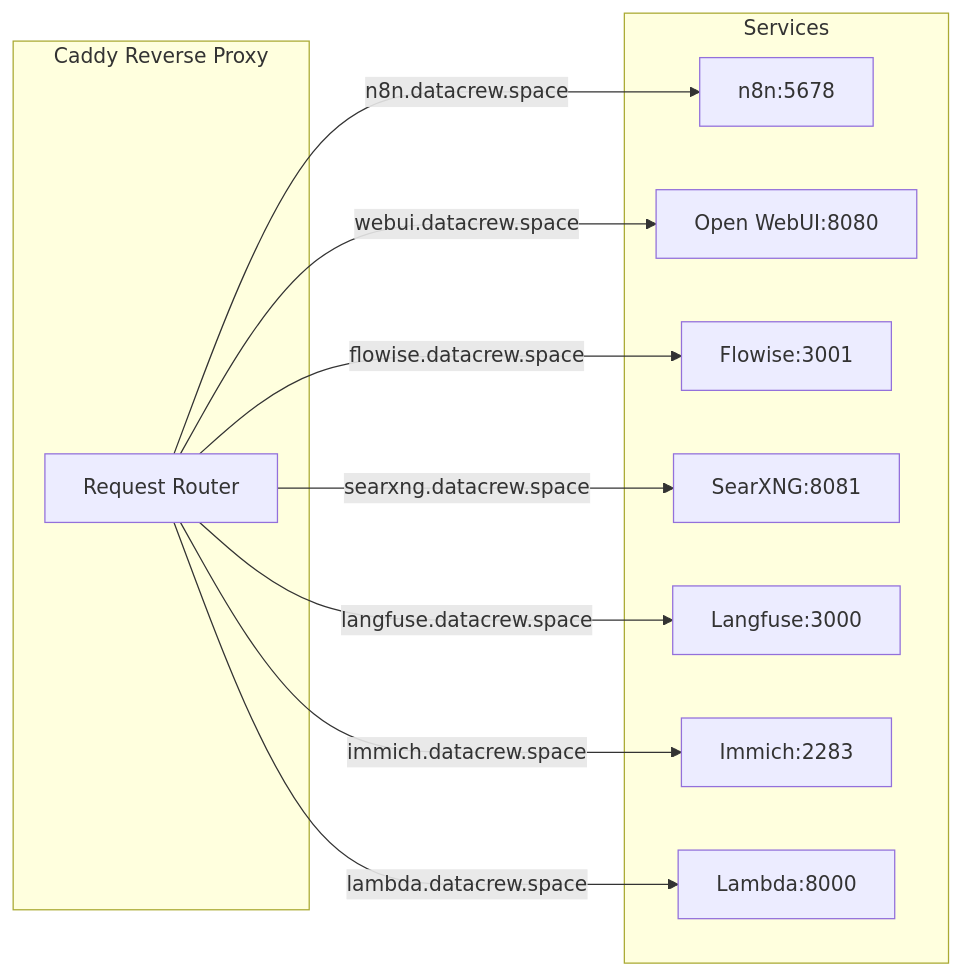
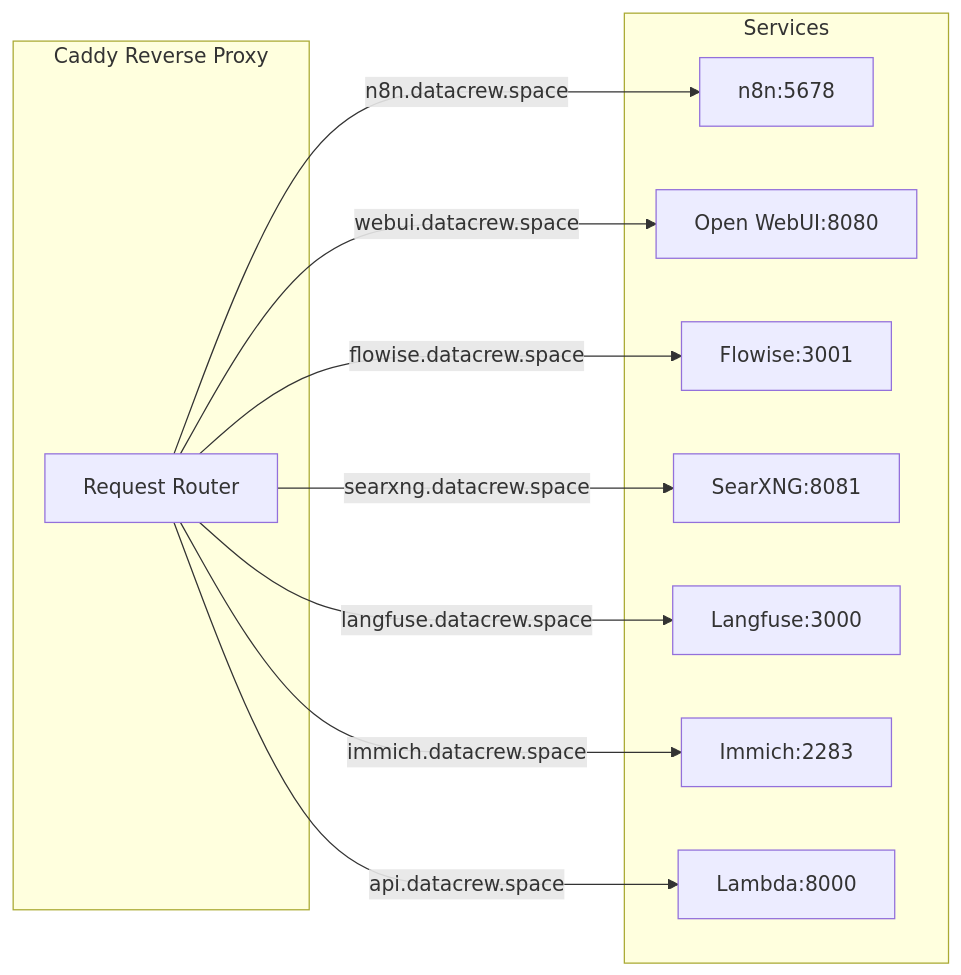
Before and after one commit to jaewilson07/local-ai-packaged: the tenth of 10 diagrams in docs/ARCHITECTURE.md, drawn with Mermaid. The commit also changed other lines of this file and 538 other files, not shown here.

````diff
--- a/docs/ARCHITECTURE.md
+++ b/docs/ARCHITECTURE.md
@@ -316,24 +375,24 @@
 ```mermaid
 graph LR
     subgraph Caddy["Caddy Reverse Proxy"]
         Router[Request Router]
     end
-    
+
     subgraph Services
         N8N[n8n:5678]
         WebUI[Open WebUI:8080]
         Flowise[Flowise:3001]
         SearXNG[SearXNG:8081]
         Langfuse[Langfuse:3000]
         Immich[Immich:2283]
         Lambda[Lambda:8000]
     end
-    
+
     Router -->|n8n.datacrew.space| N8N
     Router -->|webui.datacrew.space| WebUI
     Router -->|flowise.datacrew.space| Flowise
     Router -->|searxng.datacrew.space| SearXNG
     Router -->|langfuse.datacrew.space| Langfuse
     Router -->|immich.datacrew.space| Immich
-    Router -->|lambda.datacrew.space| Lambda
+    Router -->|api.datacrew.space| Lambda
 ```
````
